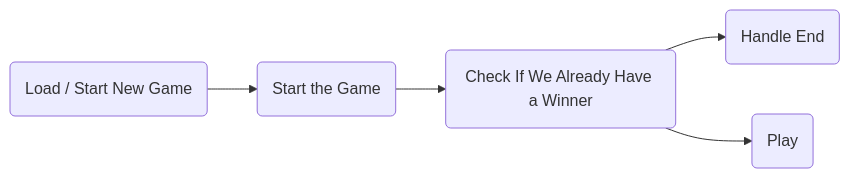
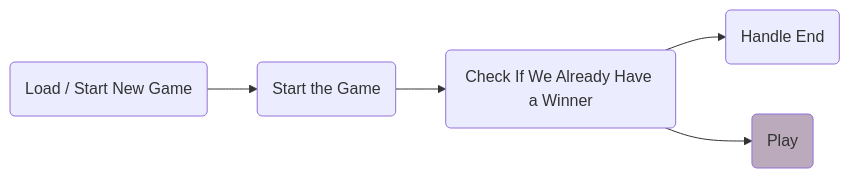
Before and after one commit to WonopolyCS246/Wonopoly: the sixth of 8 diagrams in README.md, drawn with Mermaid. The commit also changed other lines of this file, not shown here.

````diff
--- a/README.md
+++ b/README.md
@@ -361,14 +361,15 @@
 ```mermaid 
 flowchart LR
 A(Load / Start New Game)
 B(Start the Game)
 C(Check If We Already Have a Winner)
 D(Handle End)
 E(Play)
 
 A --> B
 B --> C
 C --> D
 C --> E
 
+style E fill:#bab
 ```
````
